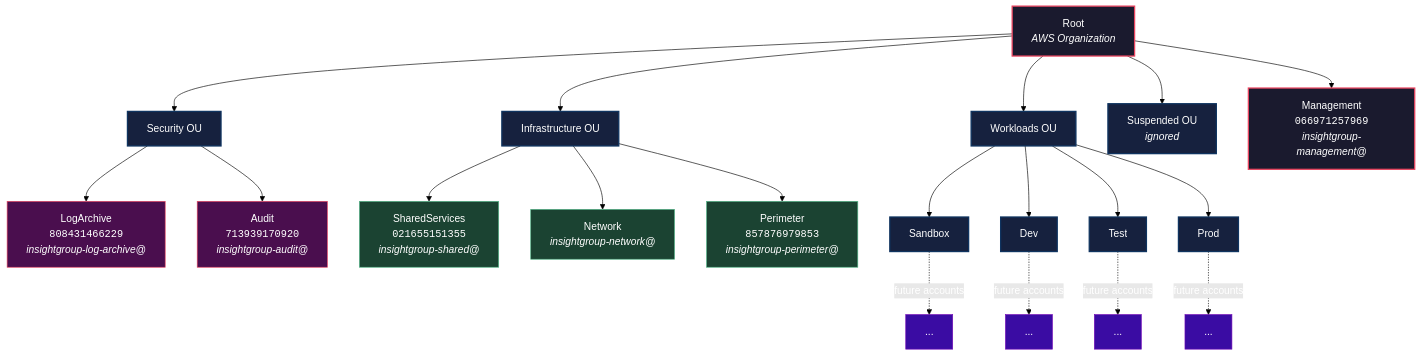
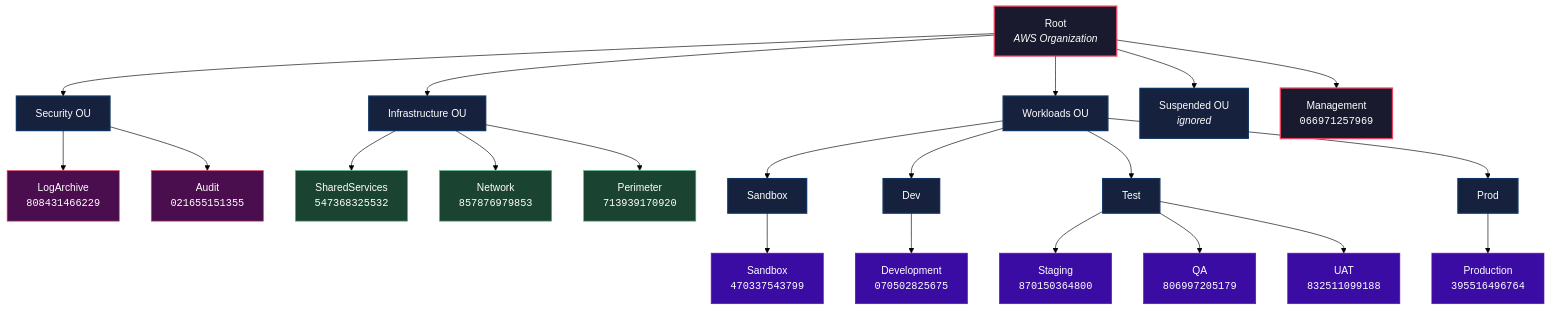
Before and after one commit to nebulariscloud/insight-codebase-infrastructure: the diagram in docs/diagrams/01-account-structure.md, drawn with Mermaid (forest theme). The commit also changed 9 other files, not shown here.

First line of the commit message:
feat(aws-accelerator): Add security services setup and CIS compliance documentation

````diff
--- a/docs/diagrams/01-account-structure.md
+++ b/docs/diagrams/01-account-structure.md
@@ -3,40 +3,42 @@
 ```mermaid
 graph TD
     classDef root fill:#1a1a2e,stroke:#e94560,color:#fff,stroke-width:2px
     classDef ou fill:#16213e,stroke:#0f3460,color:#fff,stroke-width:2px
     classDef account fill:#0f3460,stroke:#53a8b6,color:#fff,stroke-width:1px
     classDef security fill:#4a0e4e,stroke:#e94560,color:#fff,stroke-width:1px
     classDef infra fill:#1b4332,stroke:#52b788,color:#fff,stroke-width:1px
     classDef workload fill:#3a0ca3,stroke:#7209b7,color:#fff,stroke-width:1px
     classDef suspended fill:#495057,stroke:#6c757d,color:#fff,stroke-width:1px
 
     ROOT["Root<br/><i>AWS Organization</i>"]:::root
 
     OU_SEC["Security OU"]:::ou
     OU_INFRA["Infrastructure OU"]:::ou
     OU_WORK["Workloads OU"]:::ou
     OU_SUSP["Suspended OU<br/><i>ignored</i>"]:::ou
 
-    ROOT --> MGMT["Management<br/><code>066971257969</code><br/><i>insightgroup-management@</i>"]:::root
+    ROOT --> MGMT["Management<br/><code>066971257969</code>"]:::root
     ROOT --> OU_SEC
     ROOT --> OU_INFRA
     ROOT --> OU_WORK
     ROOT --> OU_SUSP
 
-    OU_SEC --> LOG["LogArchive<br/><code>808431466229</code><br/><i>insightgroup-log-archive@</i>"]:::security
-    OU_SEC --> AUDIT["Audit<br/><code>713939170920</code><br/><i>insightgroup-audit@</i>"]:::security
+    OU_SEC --> LOG["LogArchive<br/><code>808431466229</code>"]:::security
+    OU_SEC --> AUDIT["Audit<br/><code>021655151355</code>"]:::security
 
-    OU_INFRA --> SHARED["SharedServices<br/><code>021655151355</code><br/><i>insightgroup-shared@</i>"]:::infra
-    OU_INFRA --> NET["Network<br/><i>insightgroup-network@</i>"]:::infra
-    OU_INFRA --> PERIM["Perimeter<br/><code>857876979853</code><br/><i>insightgroup-perimeter@</i>"]:::infra
+    OU_INFRA --> SHARED["SharedServices<br/><code>547368325532</code>"]:::infra
+    OU_INFRA --> NET["Network<br/><code>857876979853</code>"]:::infra
+    OU_INFRA --> PERIM["Perimeter<br/><code>713939170920</code>"]:::infra
 
     OU_WORK --> OU_SANDBOX["Sandbox"]:::ou
     OU_WORK --> OU_DEV["Dev"]:::ou
     OU_WORK --> OU_TEST["Test"]:::ou
     OU_WORK --> OU_PROD["Prod"]:::ou
 
-    OU_SANDBOX -.->|"future accounts"| SANDBOX_ACCT["..."]:::workload
-    OU_DEV -.->|"future accounts"| DEV_ACCT["..."]:::workload
-    OU_TEST -.->|"future accounts"| TEST_ACCT["..."]:::workload
-    OU_PROD -.->|"future accounts"| PROD_ACCT["..."]:::workload
+    OU_SANDBOX --> SANDBOX["Sandbox<br/><code>470337543799</code>"]:::workload
+    OU_DEV --> DEV["Development<br/><code>070502825675</code>"]:::workload
+    OU_TEST --> STAGING["Staging<br/><code>870150364800</code>"]:::workload
+    OU_TEST --> QA["QA<br/><code>806997205179</code>"]:::workload
+    OU_TEST --> UAT["UAT<br/><code>832511099188</code>"]:::workload
+    OU_PROD --> PROD["Production<br/><code>395516496764</code>"]:::workload
 ```
````
